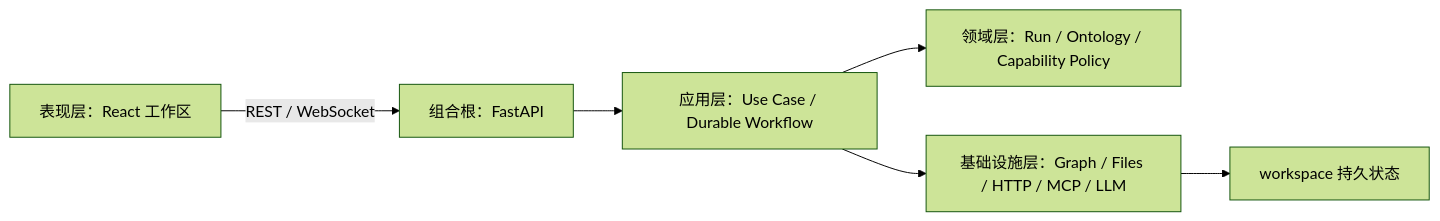
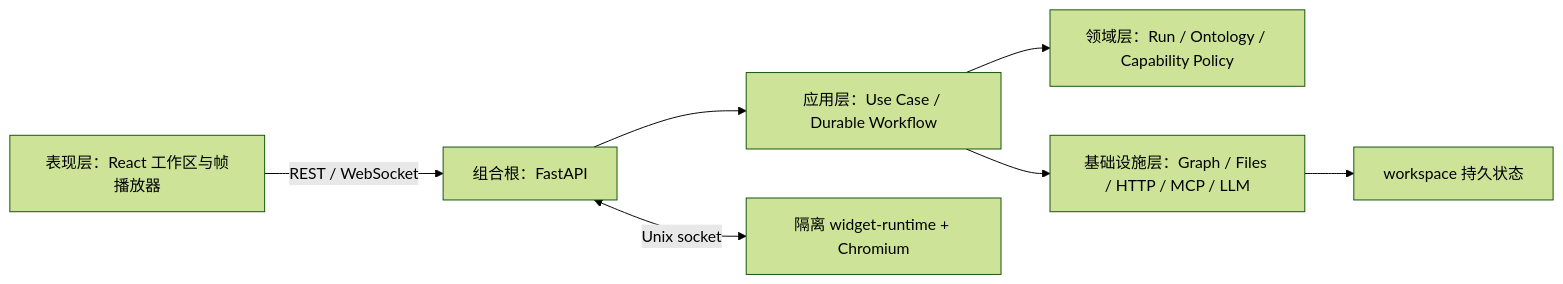
One commit to BillShiyaoZhang/ambient-agent changed the diagram in docs/architecture/overview.md. Above: the diagram before and after it, drawn with Mermaid (forest theme). The commit also changed other lines of this file and 58 other files, not shown here.

````diff
--- a/docs/architecture/overview.md
+++ b/docs/architecture/overview.md
@@ -5,8 +5,9 @@
 ```mermaid
 flowchart LR
-    Browser[表现层：React 工作区] -->|REST / WebSocket| API[组合根：FastAPI]
+    Browser[表现层：React 工作区与帧播放器] -->|REST / WebSocket| API[组合根：FastAPI]
     API --> Workflow[应用层：Use Case / Durable Workflow]
     Workflow --> Domain[领域层：Run / Ontology / Capability Policy]
     Workflow --> Infra[基础设施层：Graph / Files / HTTP / MCP / LLM]
     Infra --> Workspace[workspace 持久状态]
+    API <-->|Unix socket| Runtime[隔离 widget-runtime + Chromium]
 ```
````
